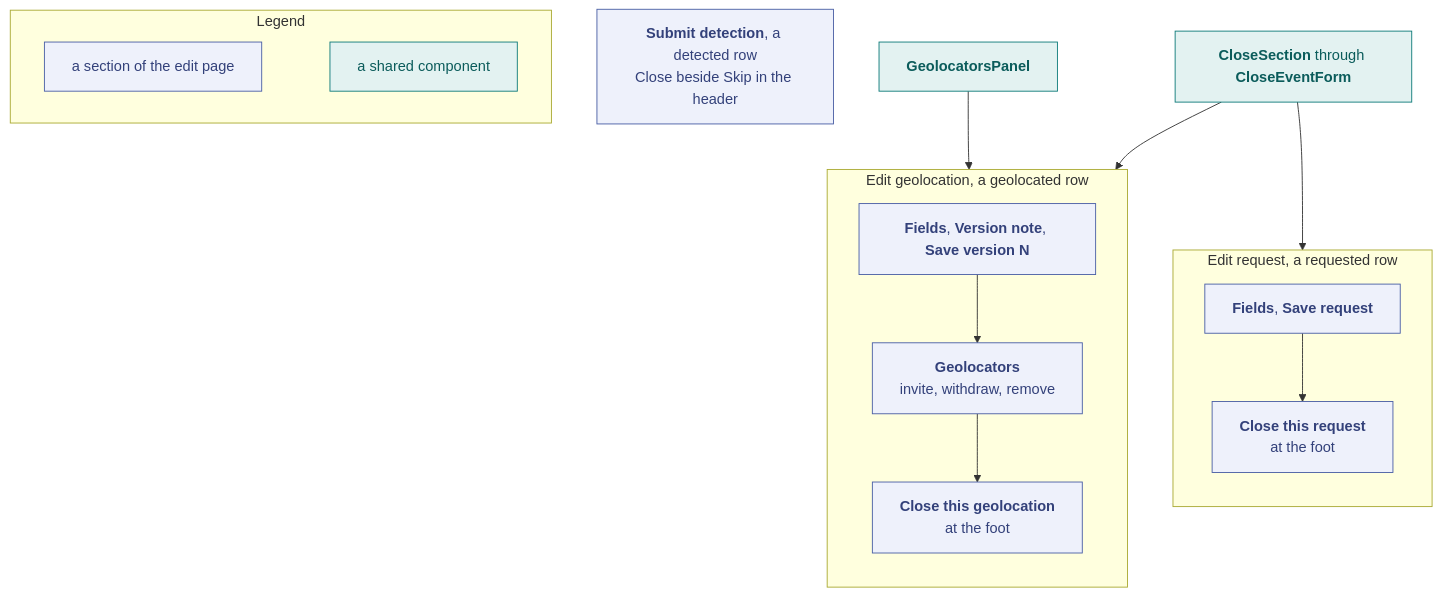
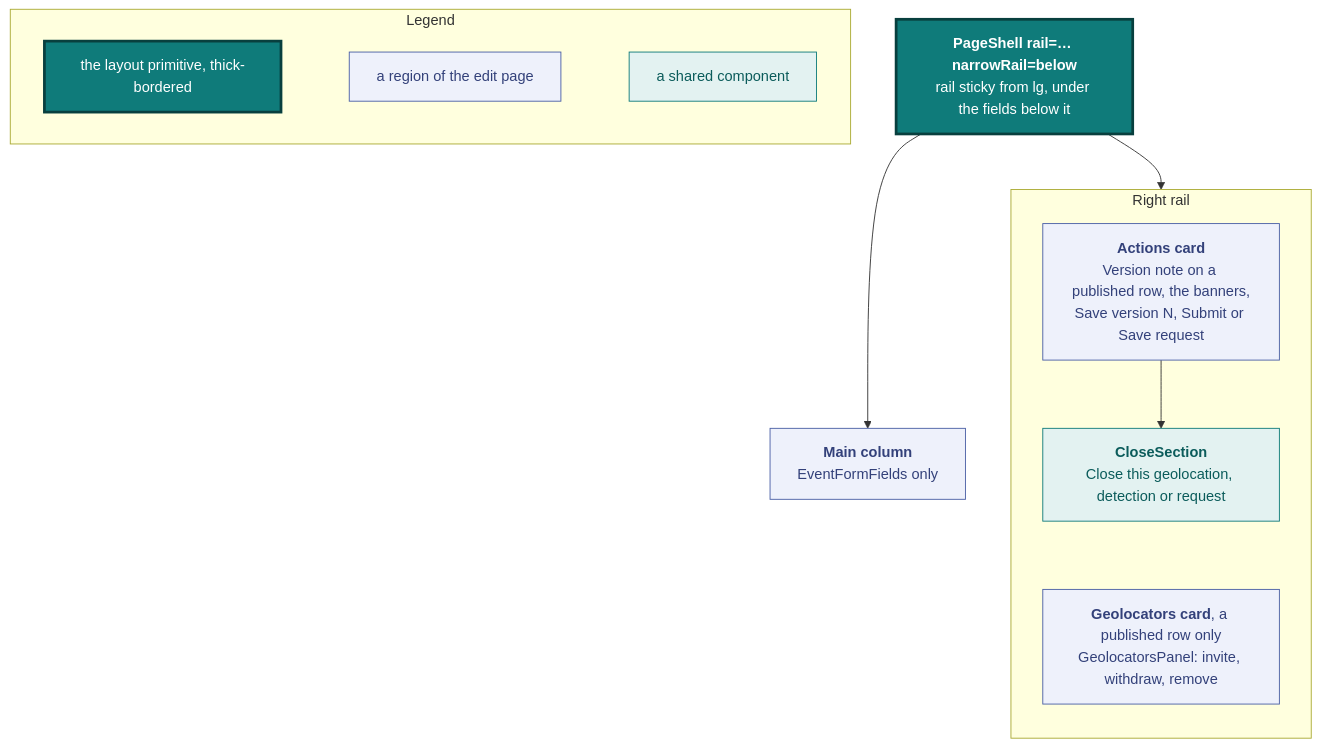
One commit to vidithq/vidit changed the seventh of 11 diagrams in docs/design.md. Above: the diagram before and after it, drawn with Mermaid. The commit also changed other lines of this file and 132 other files, not shown here.

First line of the commit message:
feat(ui): event page, approvals, layout and picker fixes (#595)

````diff
--- a/docs/design.md
+++ b/docs/design.md
@@ -663,39 +676,35 @@
 ```mermaid
 flowchart TB
   classDef spec fill:#eef1fb,stroke:#4a5fa5,color:#33417a
   classDef shared fill:#e3f2f1,stroke:#0f7b7a,color:#0b5c5b
+  classDef core fill:#0f7b7a,stroke:#083f3e,stroke-width:3px,color:#ffffff
 
   subgraph legend [Legend]
     direction LR
-    l1["`a section of the edit page`"]:::spec
-    l2["`a shared component`"]:::shared
-    l1 ~~~ l2
+    l1["`the layout primitive, thick-bordered`"]:::core
+    l2["`a region of the edit page`"]:::spec
+    l3["`a shared component`"]:::shared
+    l1 ~~~ l2 ~~~ l3
   end
 
-  subgraph published [Edit geolocation, a geolocated row]
+  shell["`**PageShell rail=… narrowRail=below**
+  rail sticky from lg, under the fields below it`"]:::core
+  fields["`**Main column**
+  EventFormFields only`"]:::spec
+
+  subgraph rail [Right rail]
     direction TB
-    pfields["`**Fields**, **Version note**, **Save version N**`"]:::spec
-    pcredit["`**Geolocators**
-    invite, withdraw, remove`"]:::spec
-    pclose["`**Close this geolocation**
-    at the foot`"]:::spec
-    pfields --> pcredit --> pclose
+    actions["`**Actions card**
+    Version note on a published row, the banners,
+    Save version N, Submit or Save request`"]:::spec
+    close["`**CloseSection**
+    Close this geolocation, detection or request`"]:::shared
+    credit["`**Geolocators card**, a published row only
+    GeolocatorsPanel: invite, withdraw, remove`"]:::spec
+    actions --> close
+    close ~~~ credit
   end
 
-  subgraph request [Edit request, a requested row]
-    direction TB
-    rfields["`**Fields**, **Save request**`"]:::spec
-    rclose["`**Close this request**
-    at the foot`"]:::spec
-    rfields --> rclose
-  end
-
-  detection["`**Submit detection**, a detected row
-  Close beside Skip in the header`"]:::spec
-  panel["`**GeolocatorsPanel**`"]:::shared
-  closesec["`**CloseSection** through **CloseEventForm**`"]:::shared
-
-  panel --> pcredit
-  closesec --> pclose
-  closesec --> rclose
+  shell --> fields
+  shell --> rail
 ```
````
